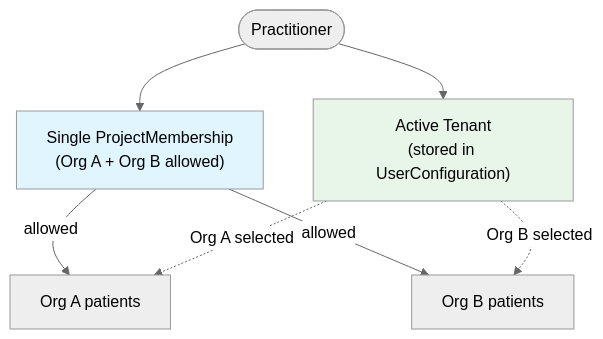
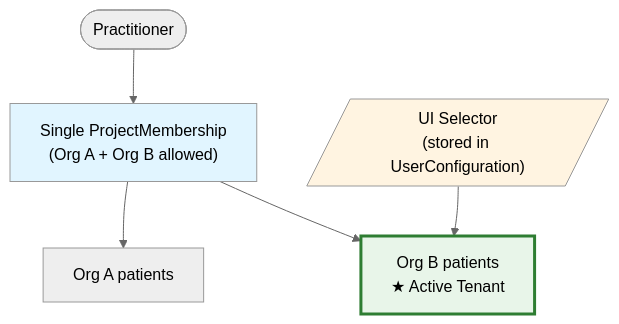
One commit to medplum/medplum changed the fourth of 5 diagrams in packages/docs/docs/access/tenant-selector.mdx. Above: the diagram before and after it, drawn with Mermaid. The commit also changed other lines of this file, not shown here.

First line of the commit message:
Polish tenant selector diagrams and table

````diff
--- a/packages/docs/docs/access/tenant-selector.mdx
+++ b/packages/docs/docs/access/tenant-selector.mdx
@@ -181,22 +162,13 @@
 ```mermaid
 %%{init: {'theme': 'neutral' }}%%
 flowchart TB
-    U([Practitioner])
-    PM["Single ProjectMembership<br/>(Org A + Org B allowed)"]
-    AT["Active Tenant<br/>(stored in UserConfiguration)"]
+    U([Practitioner]) --> PM["Single ProjectMembership<br/>(Org A + Org B allowed)"]
+    PM --> OA[Org A patients]
+    PM --> OB["Org B patients<br/>★ Active Tenant"]
 
-    OA[Org A patients]
-    OB[Org B patients]
-
-    U --> PM
-    U --> AT
-
-    PM -->|allowed| OA
-    PM -->|allowed| OB
-
-    AT -.->|"Org A selected"| OA
-    AT -.->|"Org B selected"| OB
+    Sel[/"UI Selector<br/>(stored in UserConfiguration)"/] --> OB
 
     style PM fill:#e1f5ff
-    style AT fill:#e8f5e9
+    style OB fill:#e8f5e9,stroke:#2e7d32,stroke-width:3px
+    style Sel fill:#fff4e1
 ```
````
